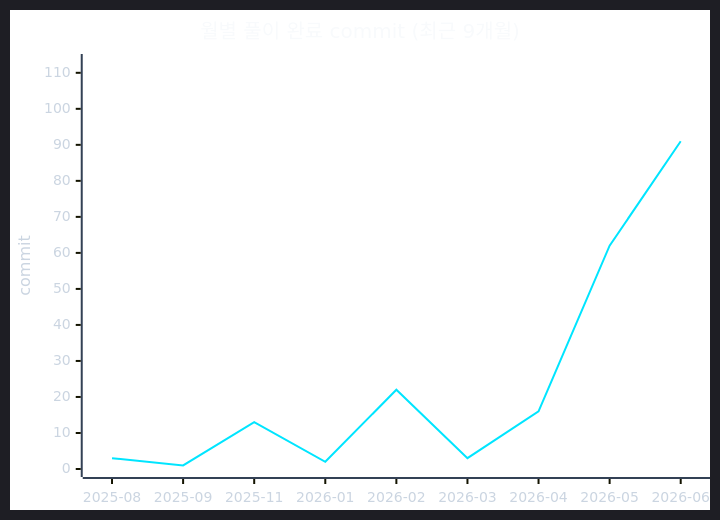
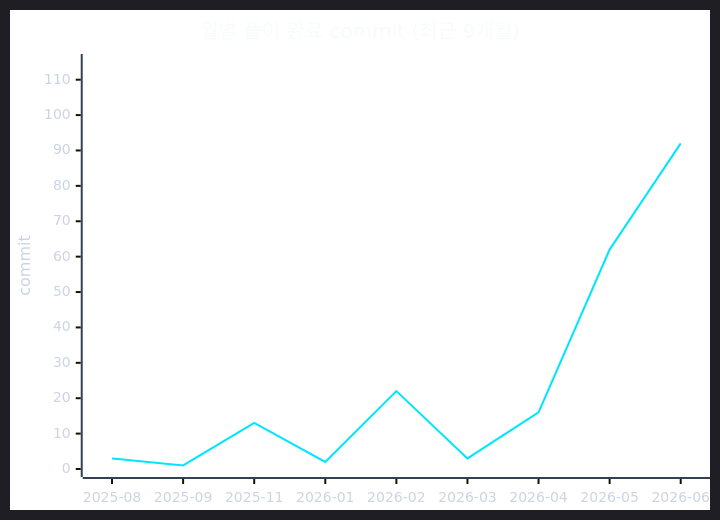
Before and after one commit to CHOOSLA/Algorithm: the second of 2 diagrams in readme.md, drawn with Mermaid. The commit also changed other lines of this file and 2 other files, not shown here.

````diff
--- a/readme.md
+++ b/readme.md
@@ -71,22 +71,22 @@
 ```mermaid
 ---
 config:
   theme: dark
   themeVariables:
     background: '#0d1117'
     xyChart:
       titleColor: '#f8fafc'
       xAxisLabelColor: '#cbd5e1'
       xAxisTitleColor: '#cbd5e1'
       xAxisLineColor: '#334155'
       yAxisLabelColor: '#cbd5e1'
       yAxisTitleColor: '#cbd5e1'
       yAxisLineColor: '#334155'
       plotColorPalette: '#00e5ff'
 ---
 xychart-beta
   title "월별 풀이 완료 commit (최근 9개월)"
   x-axis ["2025-08", "2025-09", "2025-11", "2026-01", "2026-02", "2026-03", "2026-04", "2026-05", "2026-06"]
-  y-axis "commit" 0 --> 113
-  line [3, 1, 13, 2, 22, 3, 16, 62, 91]
+  y-axis "commit" 0 --> 115
+  line [3, 1, 13, 2, 22, 3, 16, 62, 92]
 ```
````
